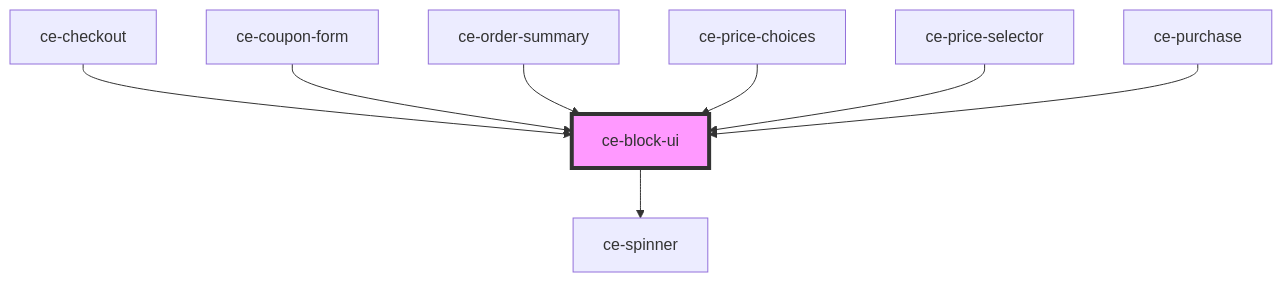
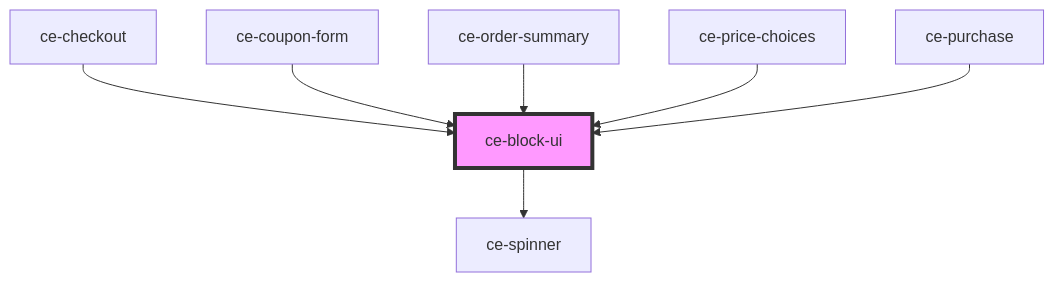
Before and after one commit to surecart/surecart-wp-plugin: the diagram in packages/components/src/components/ui/block-ui/readme.md, drawn with Mermaid. The commit also changed other lines of this file and 14 other files, not shown here.

````diff
--- a/packages/components/src/components/ui/block-ui/readme.md
+++ b/packages/components/src/components/ui/block-ui/readme.md
@@ -32,11 +31,10 @@
 ```mermaid
 graph TD;
   ce-block-ui --> ce-spinner
   ce-checkout --> ce-block-ui
   ce-coupon-form --> ce-block-ui
   ce-order-summary --> ce-block-ui
   ce-price-choices --> ce-block-ui
-  ce-price-selector --> ce-block-ui
   ce-purchase --> ce-block-ui
   style ce-block-ui fill:#f9f,stroke:#333,stroke-width:4px
 ```
````
